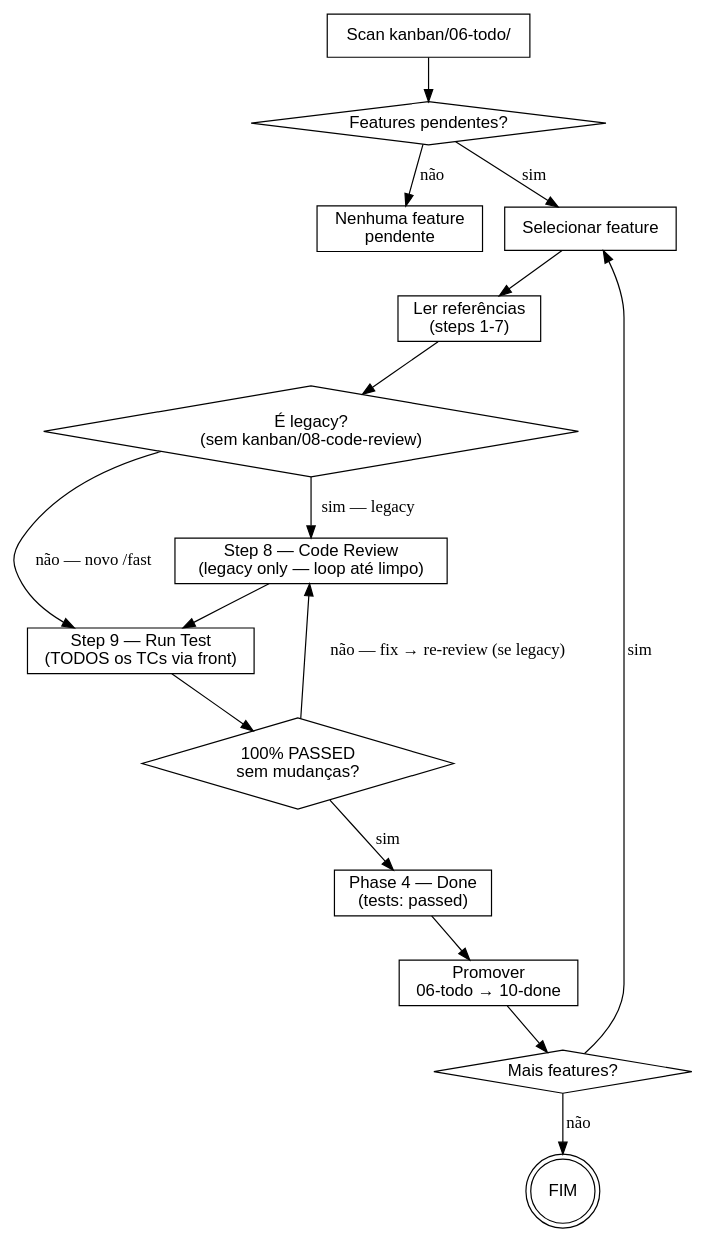
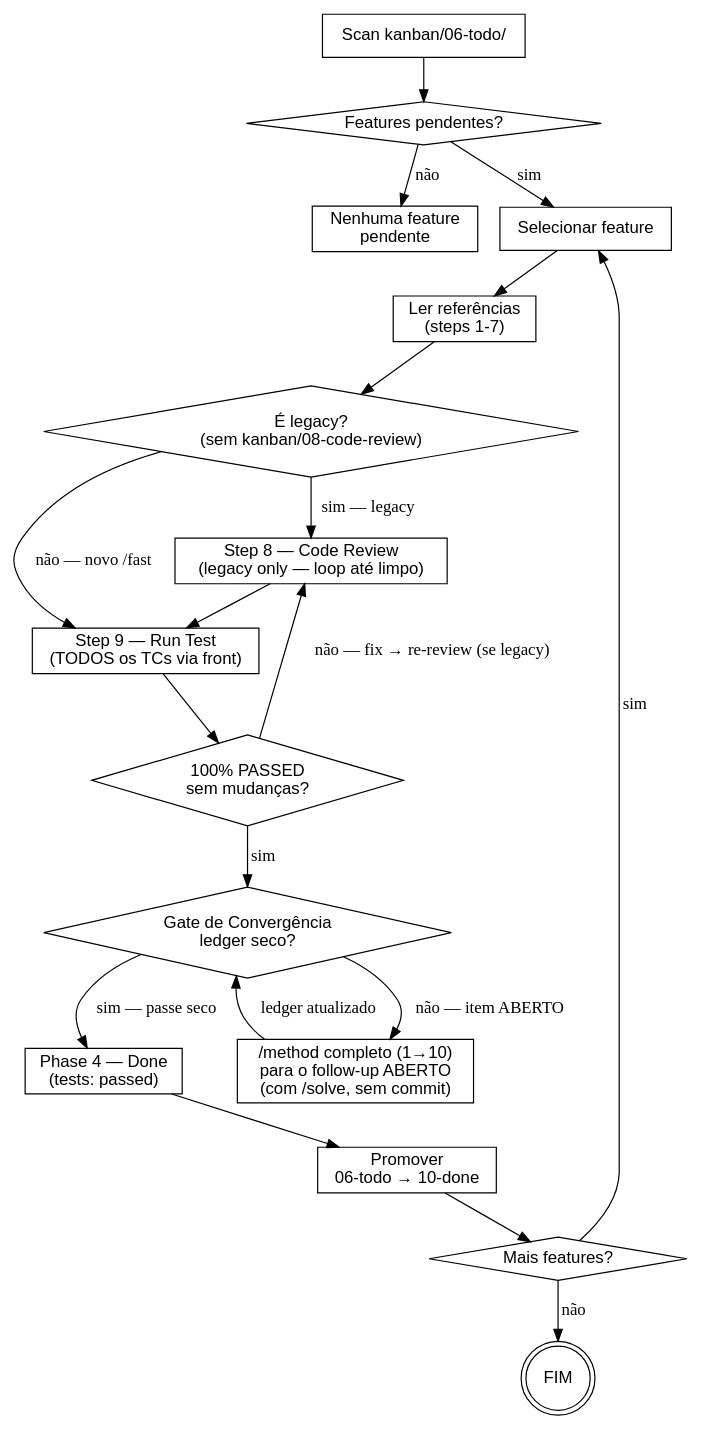
The diagram in skills/personal/todo/SKILL.md (eduardofurihata/lp-skills), drawn with Graphviz before and after one commit. The commit also changed other lines of this file and 11 other files, not shown here.

````diff
--- a/skills/personal/todo/SKILL.md
+++ b/skills/personal/todo/SKILL.md
@@ -42,36 +44,41 @@
 ```dot
 digraph todo {
     rankdir=TB;
     node [fontname="Helvetica"];
 
     scan [label="Scan kanban/06-todo/" shape=box];
     has_features [label="Features pendentes?" shape=diamond];
     none [label="Nenhuma feature\npendente" shape=box];
     select [label="Selecionar feature" shape=box];
     is_legacy [label="É legacy?\n(sem kanban/08-code-review)" shape=diamond];
     context [label="Ler referências\n(steps 1-7)" shape=box];
     review [label="Step 8 — Code Review\n(legacy only — loop até limpo)" shape=box];
     testing [label="Step 9 — Run Test\n(TODOS os TCs via front)" shape=box];
     passed [label="100% PASSED\nsem mudanças?" shape=diamond];
+    gate [label="Gate de Convergência\nledger seco?" shape=diamond];
+    cycle [label="/method completo (1→10)\npara o follow-up ABERTO\n(com /solve, sem commit)" shape=box];
     done [label="Phase 4 — Done\n(tests: passed)" shape=box];
     move [label="Promover\n06-todo → 10-done" shape=box];
     more [label="Mais features?" shape=diamond];
     fim [label="FIM" shape=doublecircle];
 
     scan -> has_features;
     has_features -> none [label="não"];
     has_features -> select [label="sim"];
     select -> context;
     context -> is_legacy;
     is_legacy -> review [label="sim — legacy"];
     is_legacy -> testing [label="não — novo /fast"];
     review -> testing;
     testing -> passed;
     passed -> review [label="não — fix → re-review (se legacy)"];
-    passed -> done [label="sim"];
+    passed -> gate [label="sim"];
+    gate -> cycle [label="não — item ABERTO"];
+    cycle -> gate [label="ledger atualizado"];
+    gate -> done [label="sim — passe seco"];
     done -> move;
     move -> more;
     more -> select [label="sim"];
     more -> fim [label="não"];
 }
 ```
````
